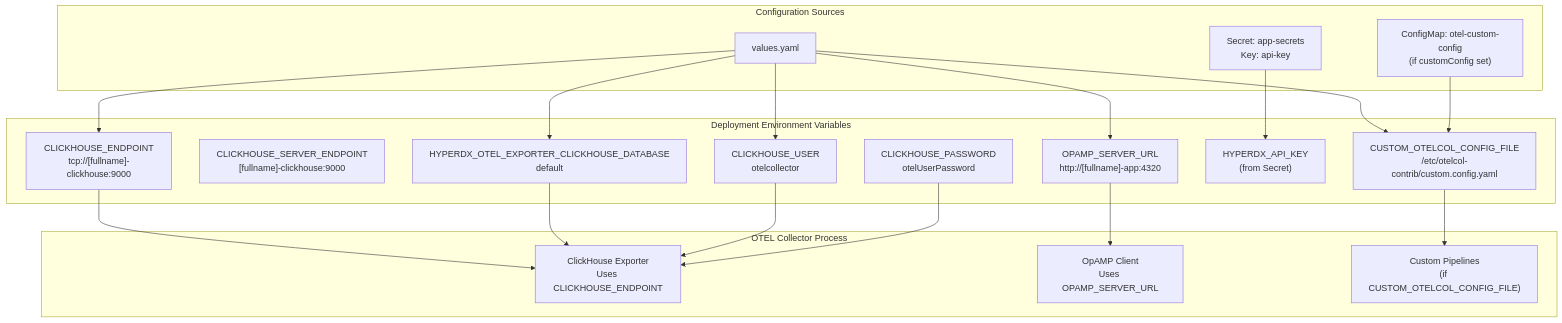
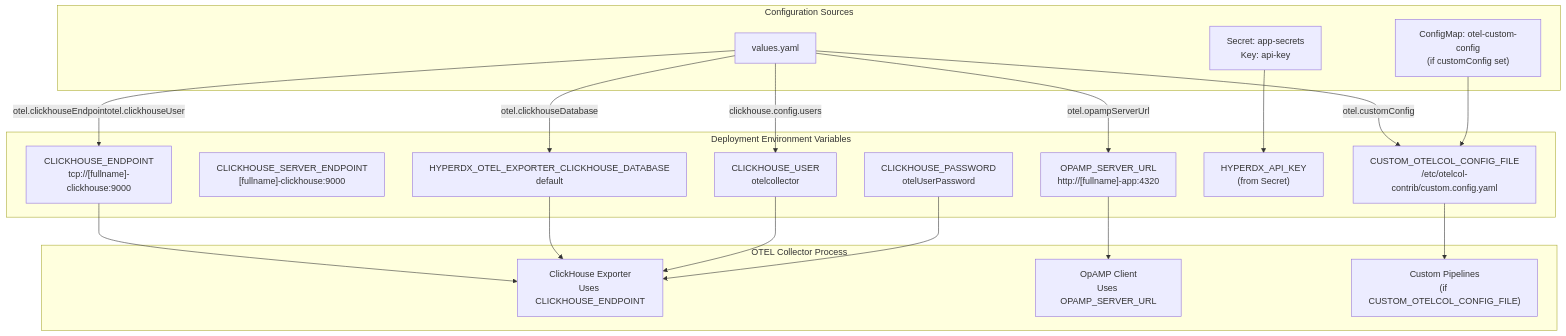
One commit to openchoreo/openchoreo changed the third of 7 diagrams in docs/hyperdxio-helm-charts-docs/Data-Flow-and-Integration.md. Above: the diagram before and after it, drawn with Mermaid. The commit also changed other lines of this file and 85 other files, not shown here.

Commit message:
feat: Add new workflow and specification templates, update Helm chart dependencies, and clarify documentation diagrams.

````diff
--- a/docs/hyperdxio-helm-charts-docs/Data-Flow-and-Integration.md
+++ b/docs/hyperdxio-helm-charts-docs/Data-Flow-and-Integration.md
@@ -199,55 +199,55 @@
 ```mermaid
 flowchart TD
 
 CHEP["CLICKHOUSE_ENDPOINT<br>tcp://[fullname]-clickhouse:9000"]
 CHSEP["CLICKHOUSE_SERVER_ENDPOINT<br>[fullname]-clickhouse:9000"]
 CHDB["HYPERDX_OTEL_EXPORTER_CLICKHOUSE_DATABASE<br>default"]
 CHUSER["CLICKHOUSE_USER<br>otelcollector"]
 CHPASS["CLICKHOUSE_PASSWORD<br>otelUserPassword"]
 OPAMP["OPAMP_SERVER_URL<br>http://[fullname]-app:4320"]
 APIKEY["HYPERDX_API_KEY<br>(from Secret)"]
 CUSTOMCFG["CUSTOM_OTELCOL_CONFIG_FILE<br>/etc/otelcol-contrib/custom.config.yaml"]
 Values["values.yaml"]
 Secret["Secret: app-secrets<br>Key: api-key"]
 CustomCM["ConfigMap: otel-custom-config<br>(if customConfig set)"]
 Exporter["ClickHouse Exporter<br>Uses CLICKHOUSE_ENDPOINT"]
 OpAMPClient["OpAMP Client<br>Uses OPAMP_SERVER_URL"]
 CustomPipeline["Custom Pipelines<br>(if CUSTOM_OTELCOL_CONFIG_FILE)"]
 
-Values --> CHEP
-Values --> CHDB
-Values --> CHUSER
-Values --> OPAMP
-Values --> CUSTOMCFG
+Values -->|"otel.clickhouseEndpointotel.clickhouseUser"| CHEP
+Values -->|"otel.clickhouseDatabase"| CHDB
+Values -->|"clickhouse.config.users"| CHUSER
+Values -->|"otel.opampServerUrl"| OPAMP
+Values -->|"otel.customConfig"| CUSTOMCFG
 Secret --> APIKEY
 CustomCM --> CUSTOMCFG
 CHEP --> Exporter
 CHDB --> Exporter
 CHUSER --> Exporter
 CHPASS --> Exporter
 OPAMP --> OpAMPClient
 CUSTOMCFG --> CustomPipeline
 
 subgraph subGraph2 ["OTEL Collector Process"]
     Exporter
     OpAMPClient
     CustomPipeline
 end
 
 subgraph subGraph1 ["Configuration Sources"]
     Values
     Secret
     CustomCM
 end
 
 subgraph subGraph0 ["Deployment Environment Variables"]
     CHEP
     CHSEP
     CHDB
     CHUSER
     CHPASS
     OPAMP
     APIKEY
     CUSTOMCFG
 end
 ```
````
